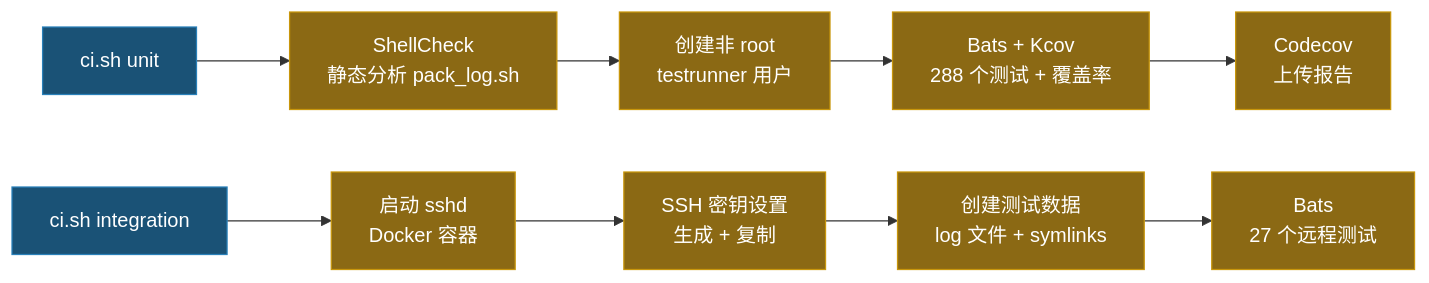
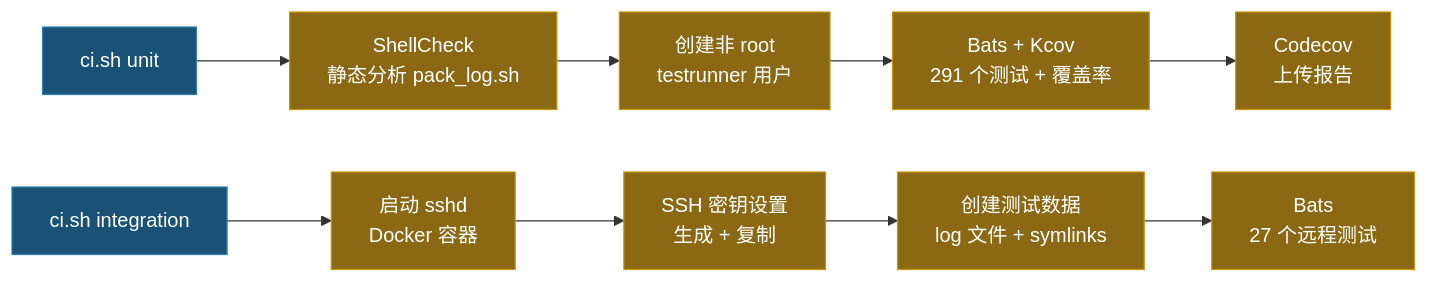
Before and after one commit to ycpss91255/pack_log: the diagram in doc/TEST.zh-CN.md, drawn with Mermaid. The commit also changed other lines of this file and 8 other files, not shown here.

````diff
--- a/doc/TEST.zh-CN.md
+++ b/doc/TEST.zh-CN.md
@@ -85,15 +86,15 @@
 ```mermaid
 graph LR
     S["ci.sh unit"]:::entry --> SC["ShellCheck\n静态分析 pack_log.sh"]:::step
     SC --> USER["创建非 root\ntestrunner 用户"]:::step
-    USER --> BT["Bats + Kcov\n288 个测试 + 覆盖率"]:::step
+    USER --> BT["Bats + Kcov\n291 个测试 + 覆盖率"]:::step
     BT --> CC["Codecov\n上传报告"]:::step
 
     S2["ci.sh integration"]:::entry --> SSHD["启动 sshd\nDocker 容器"]:::step
     SSHD --> KEY["SSH 密钥设置\n生成 + 复制"]:::step
     KEY --> DATA["创建测试数据\nlog 文件 + symlinks"]:::step
     DATA --> IT["Bats\n27 个远程测试"]:::step
 
     classDef entry fill:#1a5276,color:#fff,stroke:#2980b9
     classDef step fill:#8B6914,color:#fff,stroke:#c8960c
 ```
````
